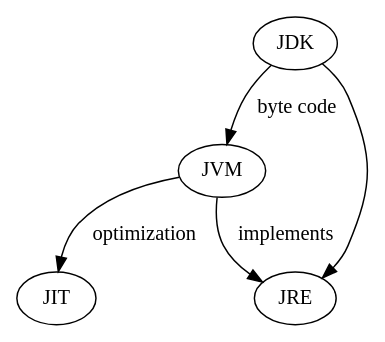
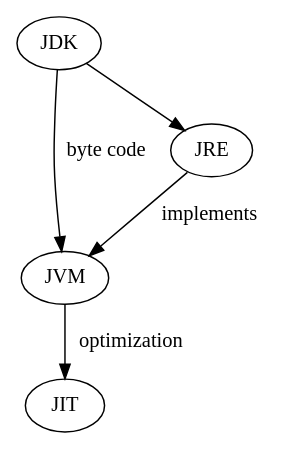
The diagram in module1/src/main/java/net/broscorp/patform/diagram.gv (Broscorp-net/traineeship), drawn with Graphviz before and after one commit.

Commit message:
refactor code

```diff
--- a/module1/src/main/java/net/broscorp/patform/diagram.gv
+++ b/module1/src/main/java/net/broscorp/patform/diagram.gv
@@ -1,19 +1,19 @@
 digraph G {
     /*
     JDK contains JRE, JVM implements JVE
     */
     "JDK" -> "JVM" [ label = "byte code"]
     /*contains JRE
     along with various development tools like Java libraries
     */
     "JDK" -> "JRE"
     /*
     JVM becomes an instance of JRE
      at runtime of a Java program
     */
-    "JVM" -> "JRE" [ label = "implements"]
+    "JRE" -> "JVM" [ label = "implements"]
     /*
     makes optimizations of the code for better performance
     */
     "JVM" -> "JIT" [ label = "optimization"]
 }
```
